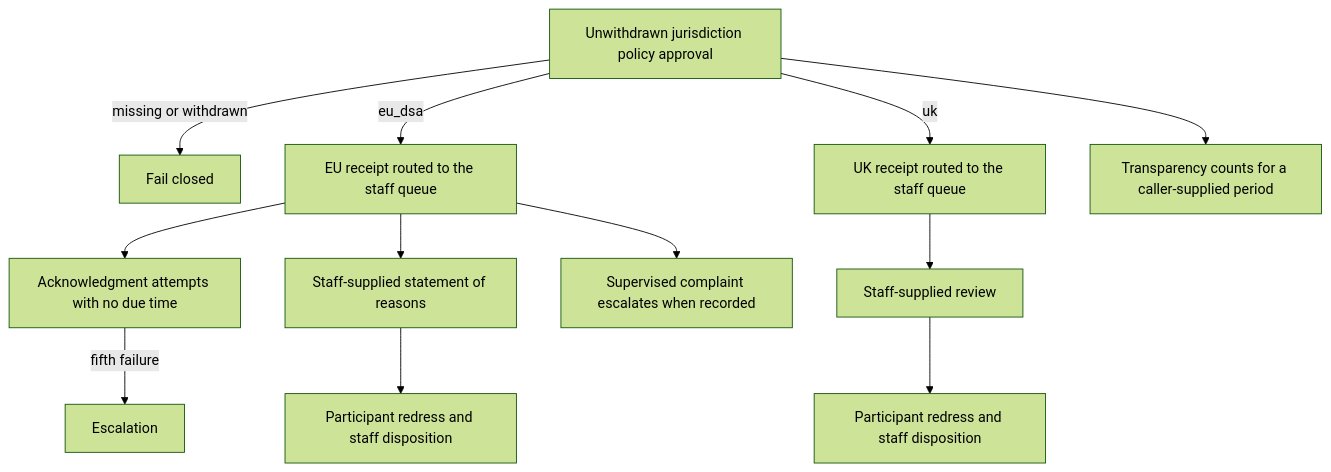
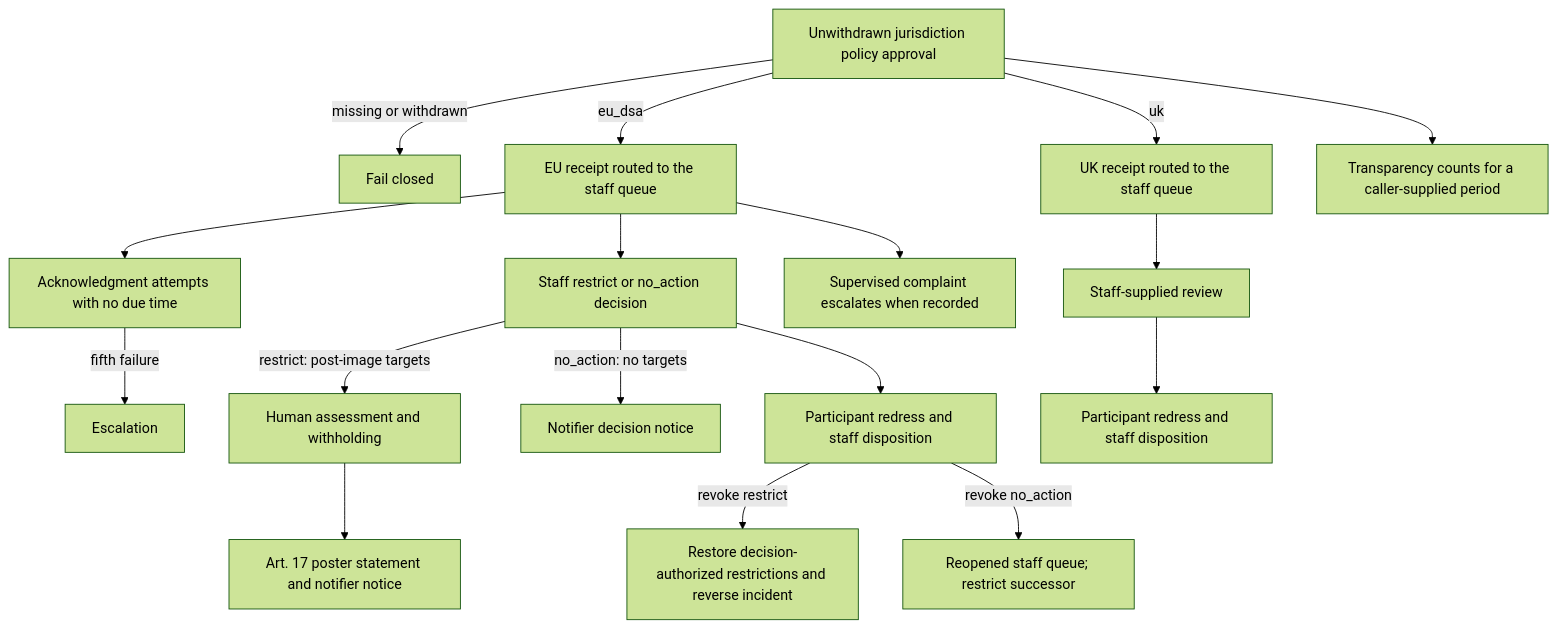
Before and after one commit to vouchington/vouchington: the diagram in docs/overview/architecture/services/copyright-notices/README.md, drawn with Mermaid (forest theme). The commit also changed other lines of this file and 68 other files, not shown here.

````diff
--- a/docs/overview/architecture/services/copyright-notices/README.md
+++ b/docs/overview/architecture/services/copyright-notices/README.md
@@ -122,15 +129,20 @@
 ```mermaid
 flowchart TD
   policy[Unwithdrawn jurisdiction policy approval]
   policy -->|missing or withdrawn| closed[Fail closed]
   policy -->|eu_dsa| euReceipt[EU receipt routed to the staff queue]
   policy -->|uk| ukReceipt[UK receipt routed to the staff queue]
   euReceipt --> ack[Acknowledgment attempts with no due time]
   ack -->|fifth failure| escalated[Escalation]
-  euReceipt --> reasons[Staff-supplied statement of reasons]
+  euReceipt --> reasons[Staff restrict or no_action decision]
+  reasons -->|restrict: post-image targets| restriction[Human assessment and withholding]
+  restriction --> poster[Art. 17 poster statement and notifier notice]
+  reasons -->|no_action: no targets| notifier[Notifier decision notice]
   reasons --> redress[Participant redress and staff disposition]
+  redress -->|revoke restrict| restore[Restore decision-authorized restrictions and reverse incident]
+  redress -->|revoke no_action| reopened[Reopened staff queue; restrict successor]
   euReceipt --> supervised[Supervised complaint escalates when recorded]
   policy --> report[Transparency counts for a caller-supplied period]
   ukReceipt --> review[Staff-supplied review]
   review --> ukRedress[Participant redress and staff disposition]
 ```
````
